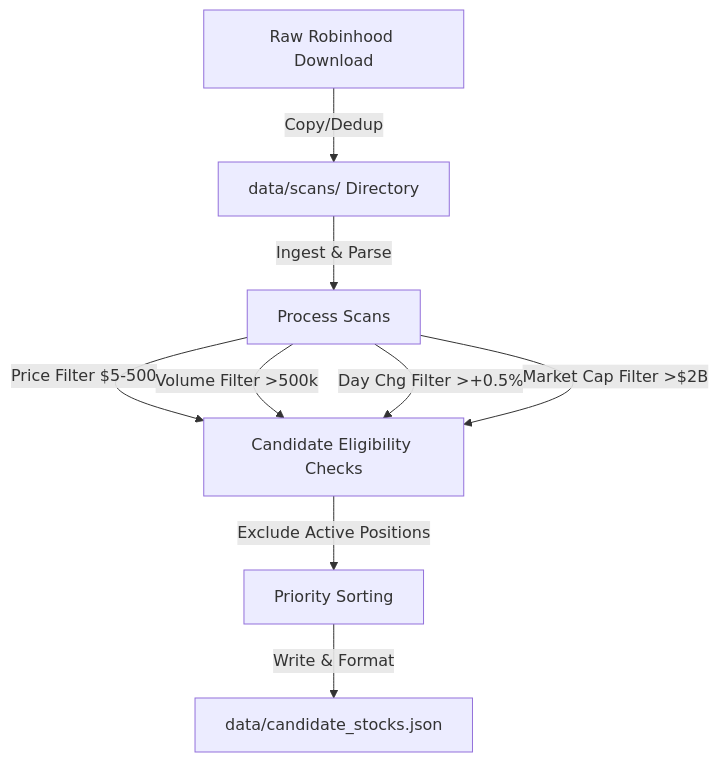
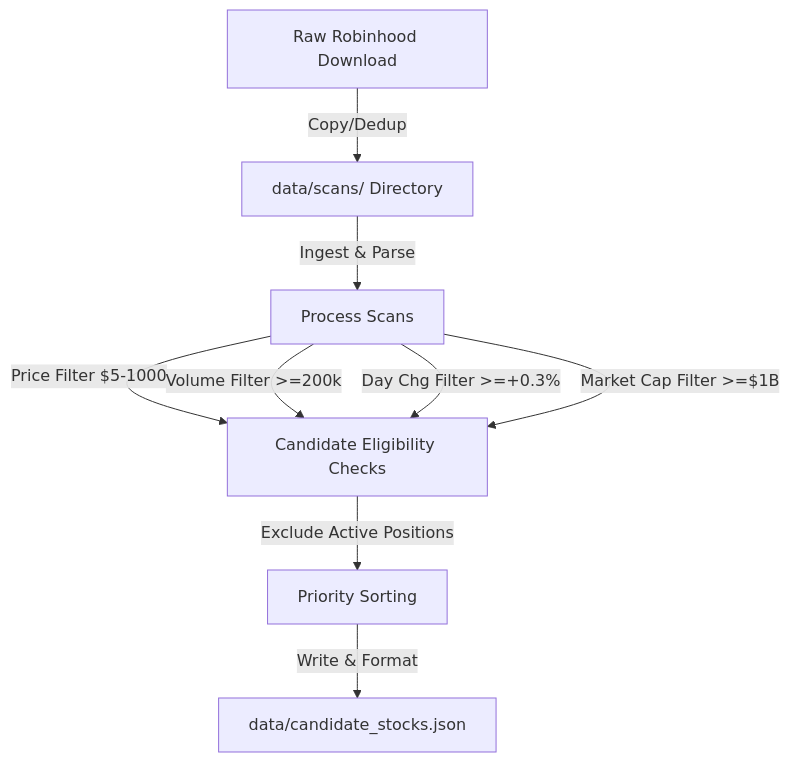
The second of 3 diagrams in README.md (Aymeric/wip), drawn with Mermaid before and after one commit. The commit also changed other lines of this file and 22 other files, not shown here.

````diff
--- a/README.md
+++ b/README.md
@@ -147,11 +147,11 @@
 ```mermaid
 graph TD
     A[Raw Robinhood Download] -->|Copy/Dedup| B[data/scans/ Directory]
     B -->|Ingest & Parse| C[Process Scans]
-    C -->|Price Filter $5-500| D[Candidate Eligibility Checks]
-    C -->|Volume Filter >500k| D
-    C -->|Day Chg Filter >+0.5%| D
-    C -->|Market Cap Filter >$2B| D
+    C -->|Price Filter $5-1000| D[Candidate Eligibility Checks]
+    C -->|Volume Filter >=200k| D
+    C -->|Day Chg Filter >=+0.3%| D
+    C -->|Market Cap Filter >=$1B| D
     D -->|Exclude Active Positions| E[Priority Sorting]
     E -->|Write & Format| F[data/candidate_stocks.json]
 ```
````
